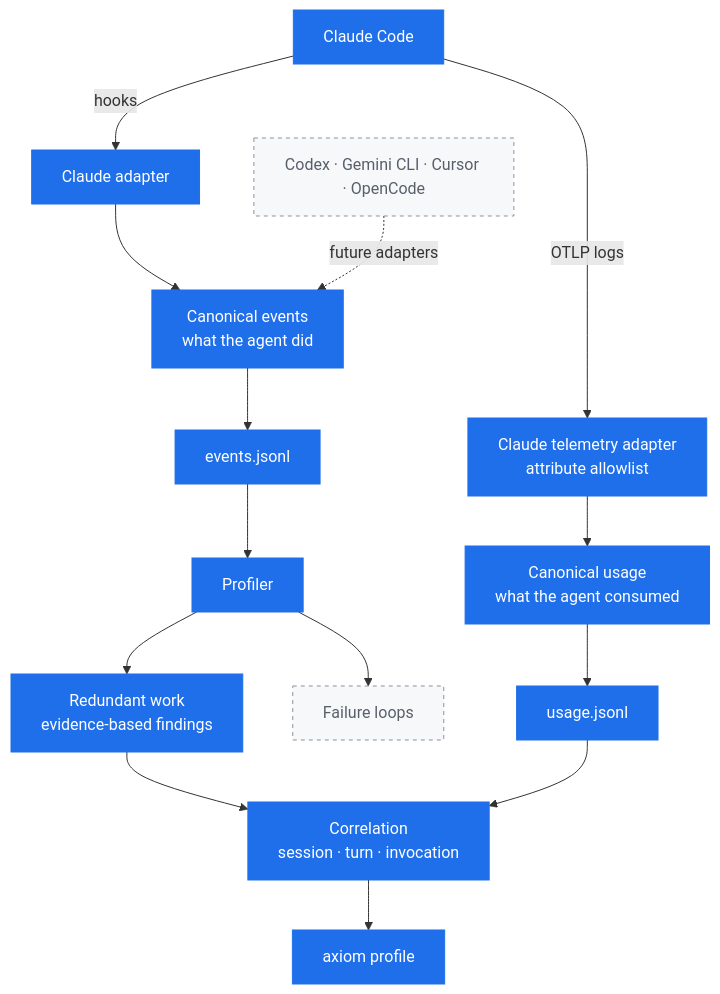
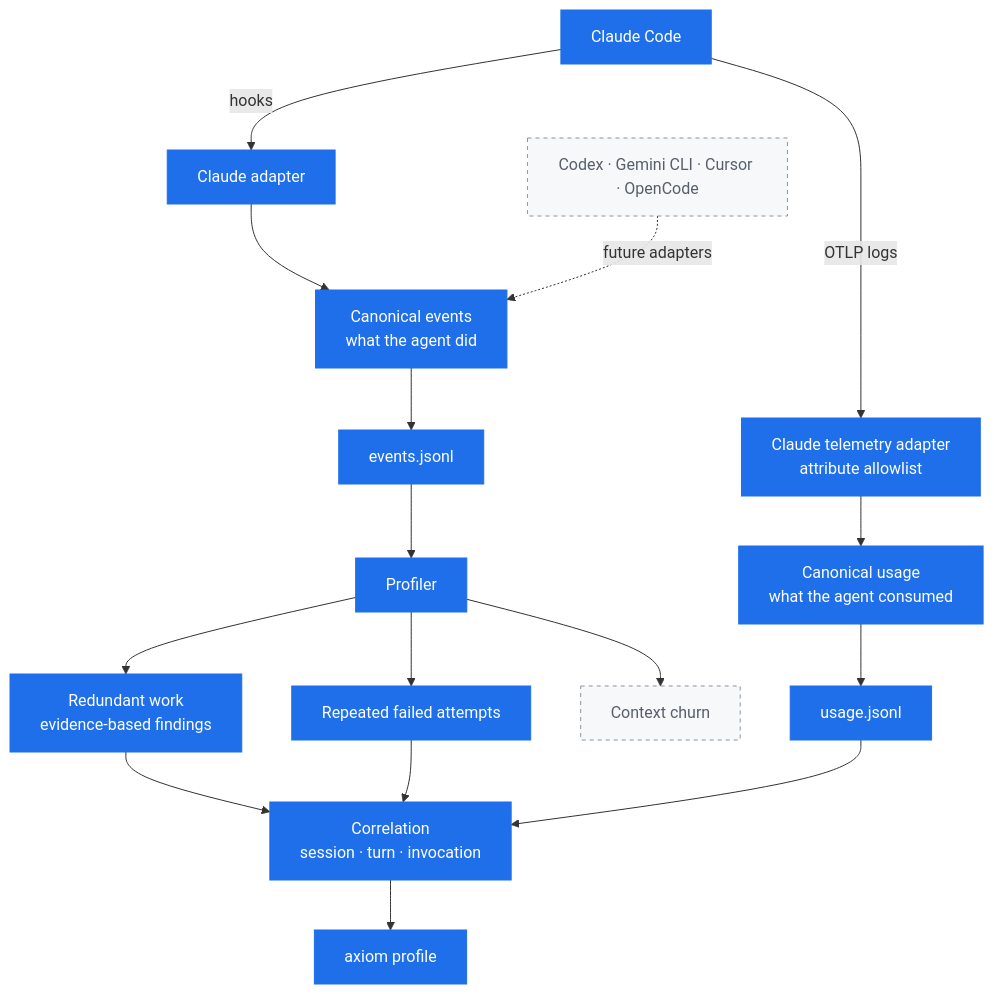
The first of 2 diagrams in README.md (exequieldeferrari/axiom), drawn with Mermaid before and after one commit. The commit also changed other lines of this file and 8 other files, not shown here.

Commit message:
feat(profiler): detect repeated failed attempts

````diff
--- a/README.md
+++ b/README.md
@@ -58,23 +59,25 @@
 ```mermaid
 flowchart TD
     Claude["Claude Code"] -->|hooks| Adapter["Claude adapter"]
     Claude -->|OTLP logs| Telemetry["Claude telemetry adapter<br/>attribute allowlist"]
     Future["Codex · Gemini CLI · Cursor · OpenCode"] -.->|future adapters| Events
 
     Adapter --> Events["Canonical events<br/>what the agent did"]
     Telemetry --> Usage["Canonical usage<br/>what the agent consumed"]
     Events --> EventLog["events.jsonl"]
     Usage --> UsageLog["usage.jsonl"]
 
     EventLog --> Profiler["Profiler"]
     Profiler --> Redundant["Redundant work<br/>evidence-based findings"]
-    Profiler --> Loops["Failure loops"]
+    Profiler --> Failures["Repeated failed attempts"]
+    Profiler --> Churn["Context churn"]
     Redundant --> Correlate["Correlation<br/>session · turn · invocation"]
+    Failures --> Correlate
     UsageLog --> Correlate
     Correlate --> CLI["axiom profile"]
 
     classDef built fill:#1f6feb,stroke:#1f6feb,color:#ffffff
     classDef planned fill:#f6f8fa,stroke:#8b949e,color:#57606a,stroke-dasharray:4 4
-    class Claude,Adapter,Telemetry,Events,Usage,EventLog,UsageLog,Profiler,Redundant,Correlate,CLI built
-    class Future,Loops planned
+    class Claude,Adapter,Telemetry,Events,Usage,EventLog,UsageLog,Profiler,Redundant,Failures,Correlate,CLI built
+    class Future,Churn planned
 ```
````
